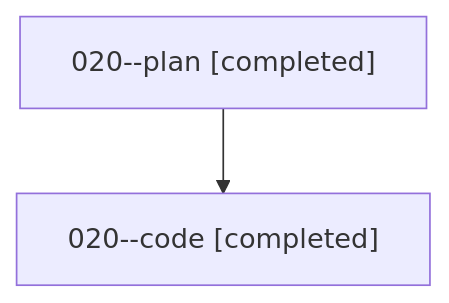
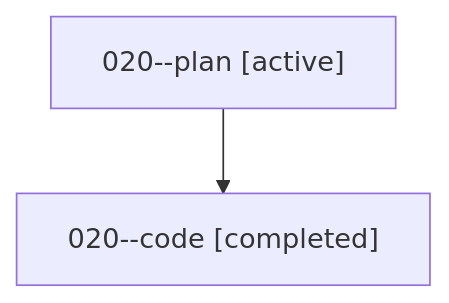
One commit to sase-org/sase--agents changed the diagram in families/bbugyi200.athena.020.md. Above: the diagram before and after it, drawn with Mermaid. The commit also changed other lines of this file and 35830 other files, not shown here.

````diff
--- a/families/bbugyi200.athena.020.md
+++ b/families/bbugyi200.athena.020.md
@@ -9,6 +9,6 @@
 ```mermaid
 flowchart TD
-  n0["020--plan [completed]"]
+  n0["020--plan [active]"]
   n1["020--code [completed]"]
   n0 --> n1
 ```
````
